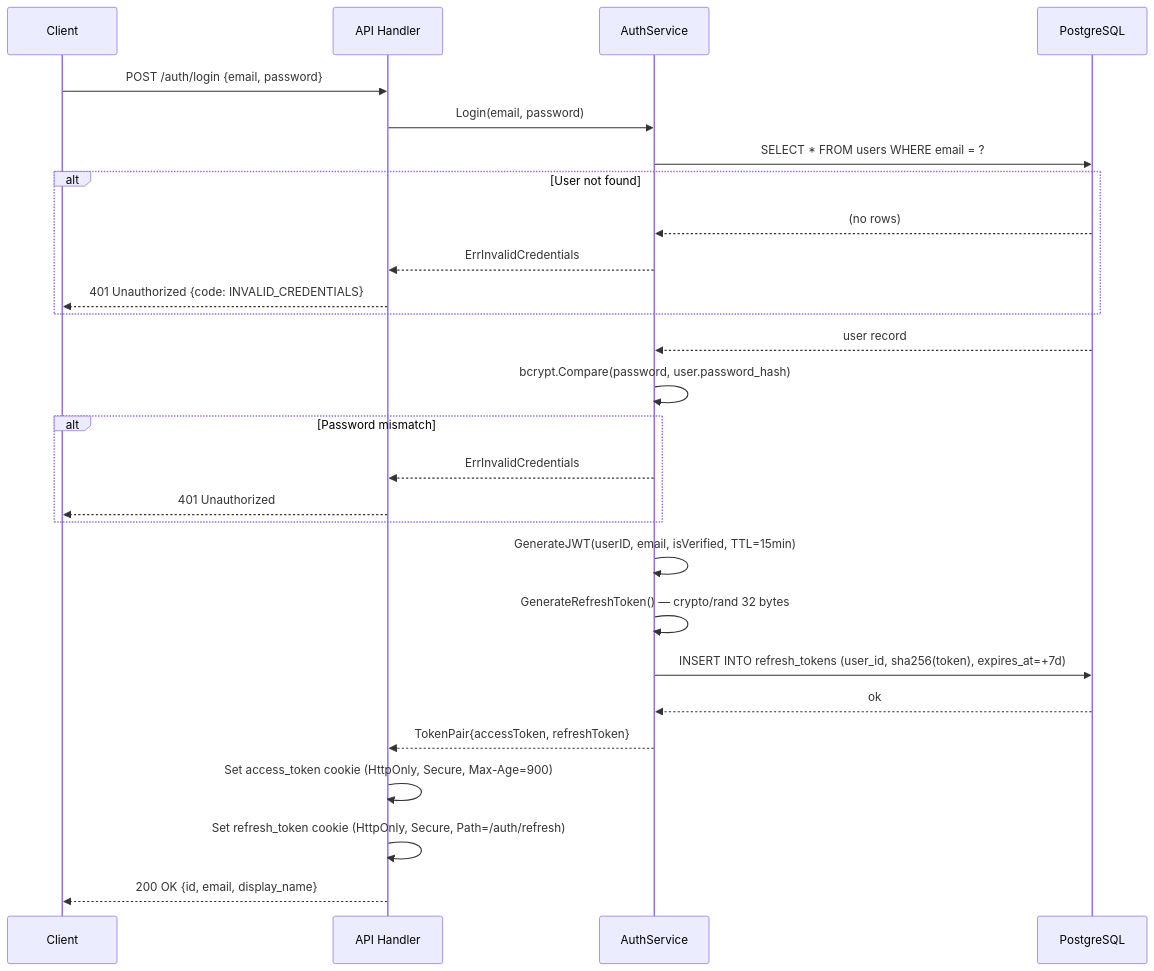
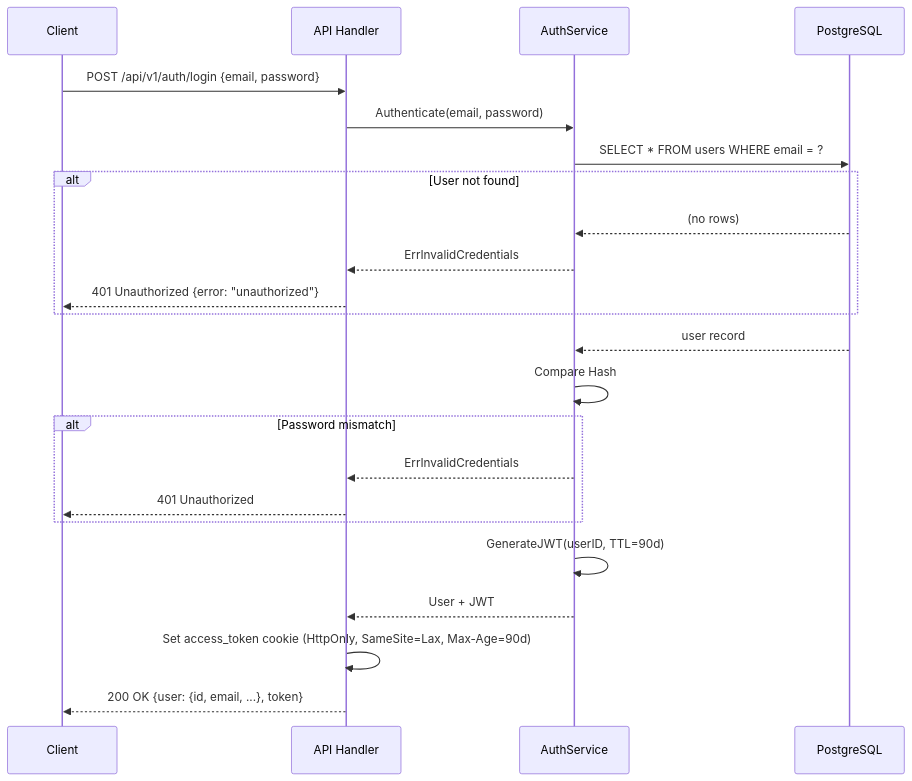
Before and after one commit to ABDELRAHMAN-ELRAYES/Vai: the second of 7 diagrams in docs/diagrams/Sequence_Diagrams.md, drawn with Mermaid. The commit also changed other lines of this file and 14 other files, not shown here.

````diff
--- a/docs/diagrams/Sequence_Diagrams.md
+++ b/docs/diagrams/Sequence_Diagrams.md
@@ -60,30 +58,26 @@
 ```mermaid
 sequenceDiagram
     participant C as Client
     participant H as API Handler
     participant AS as AuthService
     participant DB as PostgreSQL
 
-    C->>H: POST /auth/login {email, password}
-    H->>AS: Login(email, password)
+    C->>H: POST /api/v1/auth/login {email, password}
+    H->>AS: Authenticate(email, password)
     AS->>DB: SELECT * FROM users WHERE email = ?
     alt User not found
         DB-->>AS: (no rows)
         AS-->>H: ErrInvalidCredentials
-        H-->>C: 401 Unauthorized {code: INVALID_CREDENTIALS}
+        H-->>C: 401 Unauthorized {error: "unauthorized"}
     end
     DB-->>AS: user record
-    AS->>AS: bcrypt.Compare(password, user.password_hash)
+    AS->>AS: Compare Hash
     alt Password mismatch
         AS-->>H: ErrInvalidCredentials
         H-->>C: 401 Unauthorized
     end
-    AS->>AS: GenerateJWT(userID, email, isVerified, TTL=15min)
-    AS->>AS: GenerateRefreshToken() — crypto/rand 32 bytes
-    AS->>DB: INSERT INTO refresh_tokens (user_id, sha256(token), expires_at=+7d)
-    DB-->>AS: ok
-    AS-->>H: TokenPair{accessToken, refreshToken}
-    H->>H: Set access_token cookie (HttpOnly, Secure, Max-Age=900)
-    H->>H: Set refresh_token cookie (HttpOnly, Secure, Path=/auth/refresh)
-    H-->>C: 200 OK {id, email, display_name}
+    AS->>AS: GenerateJWT(userID, TTL=90d)
+    AS-->>H: User + JWT
+    H->>H: Set access_token cookie (HttpOnly, SameSite=Lax, Max-Age=90d)
+    H-->>C: 200 OK {user: {id, email, ...}, token}
 ```
````
